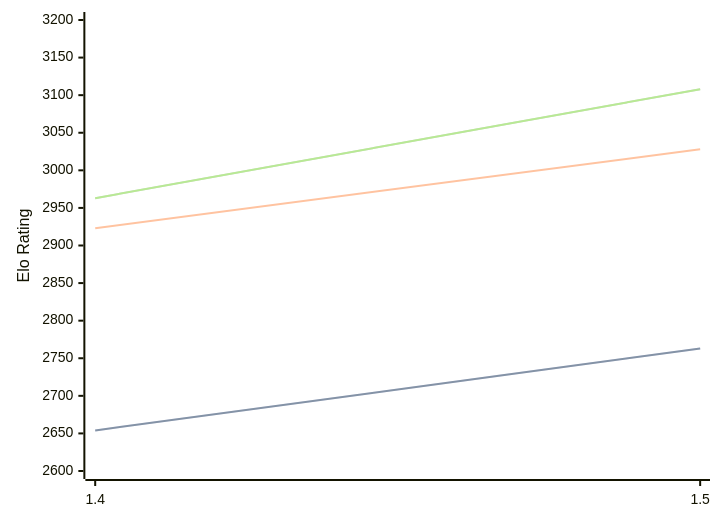
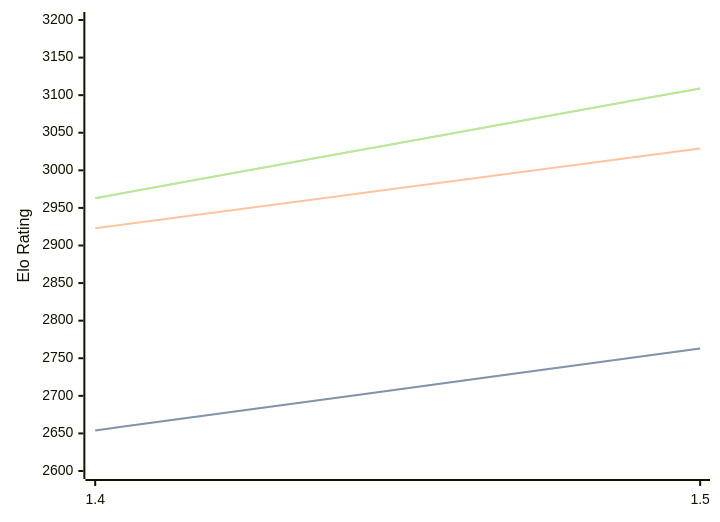
One commit to computer-chess-index/cci changed the diagram in engines/Yakka.md. Above: the diagram before and after it, drawn with Mermaid. The commit also changed other lines of this file, not shown here.

Commit message:
Update CCI Ratings (ELO VLTC) - 2026-09-18

````diff
--- a/engines/Yakka.md
+++ b/engines/Yakka.md
@@ -32,11 +32,11 @@
 ```mermaid
 %%{init: {"theme":"base","themeVariables":{"seriesColors:['#a3a3a3','#222221','#faa371']}}}%%
 xychart-beta
   x-axis ["1.4", "1.5"]
   y-axis "Elo Rating" 2600 --> 3200
   line "" [2654, 2763]
   line "STC (8.0+0.08s)" [2654, 2763]
-  line "LTC (60.0+0.60s)" [2923, 3028]
-  line "" [2963, 3108]
-  line "VLTC (2m24s+1.12s)" [2963, 3108]
+  line "LTC (60.0+0.60s)" [2923, 3029]
+  line "" [2963, 3109]
+  line "VLTC (2m24s+1.12s)" [2963, 3109]
 ```
````
